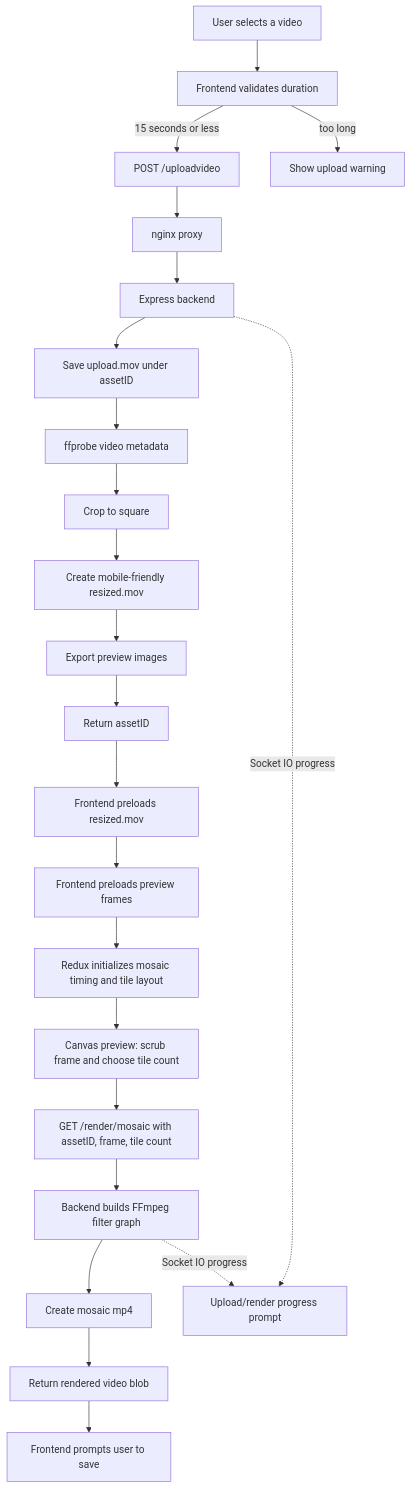
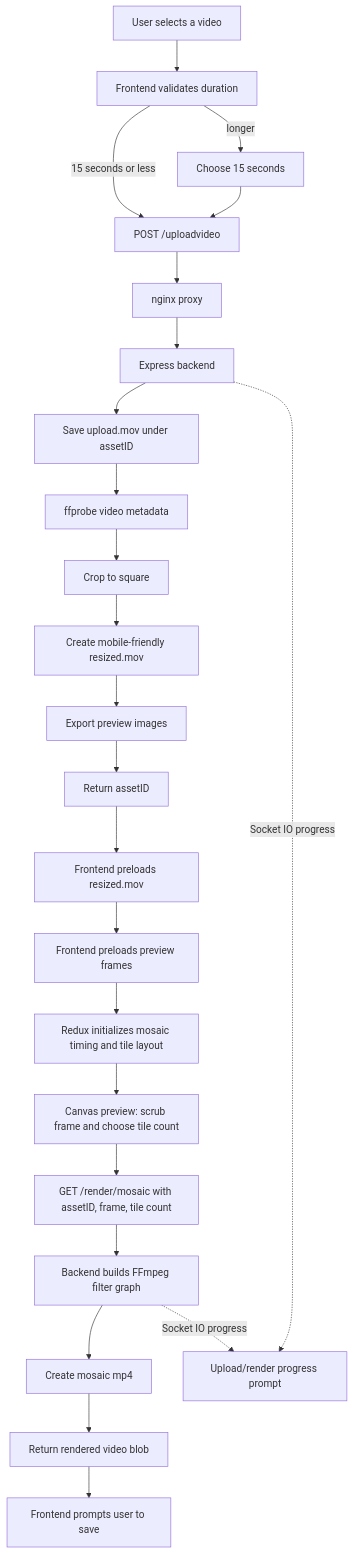
One commit to patrick-s-young/mosaic.mobi changed the diagram in README.md. Above: the diagram before and after it, drawn with Mermaid. The commit also changed 15 other files, not shown here.

First line of the commit message:
Let people trim long videos to fifteen seconds (#74)

````diff
--- a/README.md
+++ b/README.md
@@ -18,29 +18,29 @@
 ```mermaid
 flowchart TD
     User[User selects a video] --> Validate[Frontend validates duration]
     Validate -->|15 seconds or less| Upload[POST /uploadvideo]
-    Validate -->|too long| TooLong[Show upload warning]
+    Validate -->|longer| Trim[Choose 15 seconds] --> Upload
 
     Upload --> Proxy[nginx proxy]
     Proxy --> Backend[Express backend]
     Backend --> Store[Save upload.mov under assetID]
     Store --> Probe[ffprobe video metadata]
     Probe --> Crop[Crop to square]
     Crop --> Resize[Create mobile-friendly resized.mov]
     Resize --> Frames[Export preview images]
     Frames --> AssetID[Return assetID]
 
     AssetID --> PreloadVideo[Frontend preloads resized.mov]
     PreloadVideo --> PreloadFrames[Frontend preloads preview frames]
     PreloadFrames --> InitMosaic[Redux initializes mosaic timing and tile layout]
     InitMosaic --> Edit[Canvas preview: scrub frame and choose tile count]
 
     Edit --> RenderRequest[GET /render/mosaic with assetID, frame, tile count]
     RenderRequest --> RenderFFmpeg[Backend builds FFmpeg filter graph]
     RenderFFmpeg --> FinalMovie[Create mosaic mp4]
     FinalMovie --> DownloadBlob[Return rendered video blob]
     DownloadBlob --> Save[Frontend prompts user to save]
 
     Backend -.->|Socket IO progress| Progress[Upload/render progress prompt]
     RenderFFmpeg -.->|Socket IO progress| Progress
 ```
````
